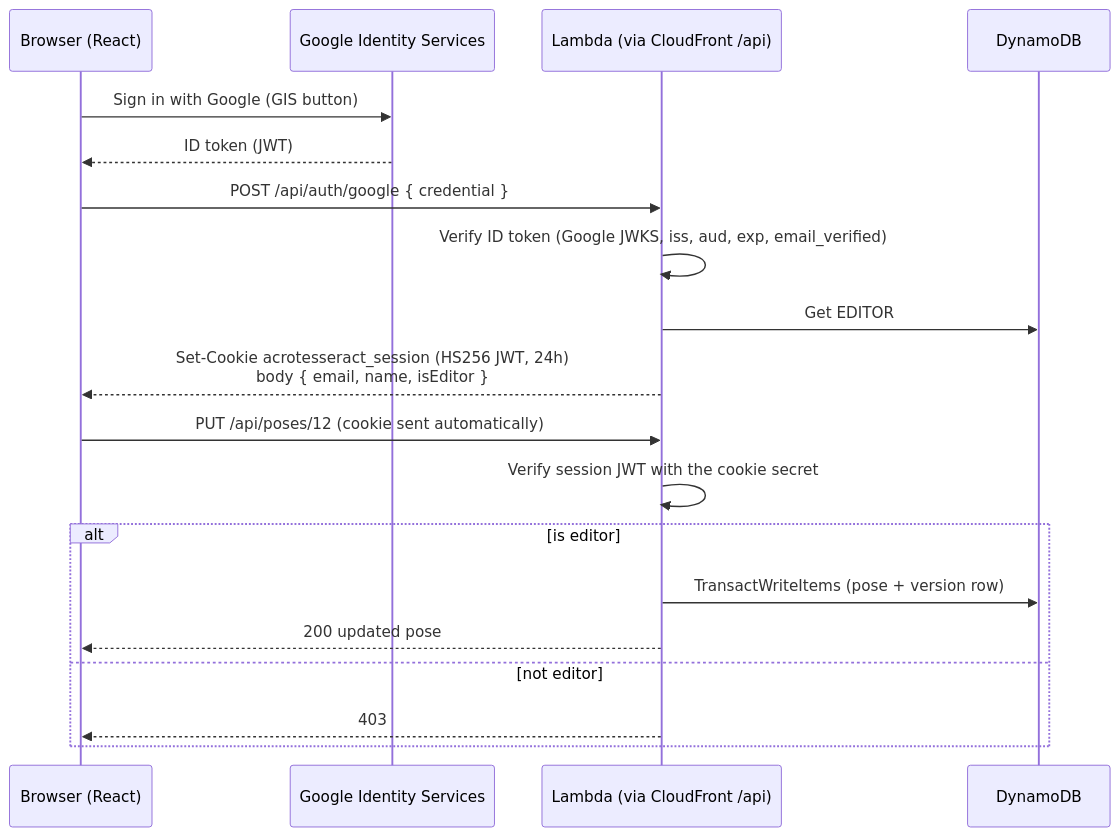
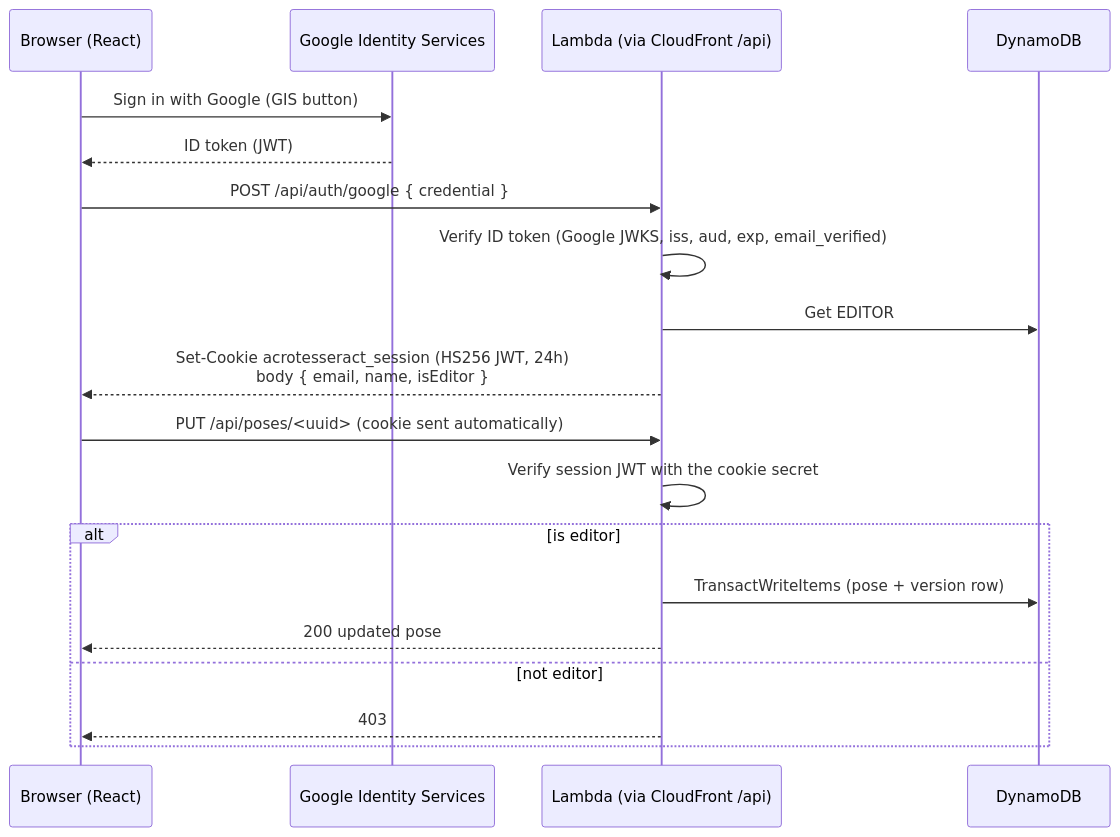
Before and after one commit to AndrewKL/acrotesseract: the second of 2 diagrams in docs/acrotesseract-modernization.md, drawn with Mermaid. The commit also changed other lines of this file and 13 other files, not shown here.

First line of the commit message:
Serve static pose and transition data from the API with UUID ids

````diff
--- a/docs/acrotesseract-modernization.md
+++ b/docs/acrotesseract-modernization.md
@@ -116,21 +116,21 @@
 ```mermaid
 sequenceDiagram
     participant B as Browser (React)
     participant G as Google Identity Services
     participant L as Lambda (via CloudFront /api)
     participant D as DynamoDB
     B->>G: Sign in with Google (GIS button)
     G-->>B: ID token (JWT)
     B->>L: POST /api/auth/google { credential }
     L->>L: Verify ID token (Google JWKS, iss, aud, exp, email_verified)
     L->>D: Get EDITOR#<email>
     L-->>B: Set-Cookie acrotesseract_session (HS256 JWT, 24h)<br/>body { email, name, isEditor }
-    B->>L: PUT /api/poses/12 (cookie sent automatically)
+    B->>L: PUT /api/poses/<uuid> (cookie sent automatically)
     L->>L: Verify session JWT with the cookie secret
     alt is editor
         L->>D: TransactWriteItems (pose + version row)
         L-->>B: 200 updated pose
     else not editor
         L-->>B: 403
     end
 ```
````
